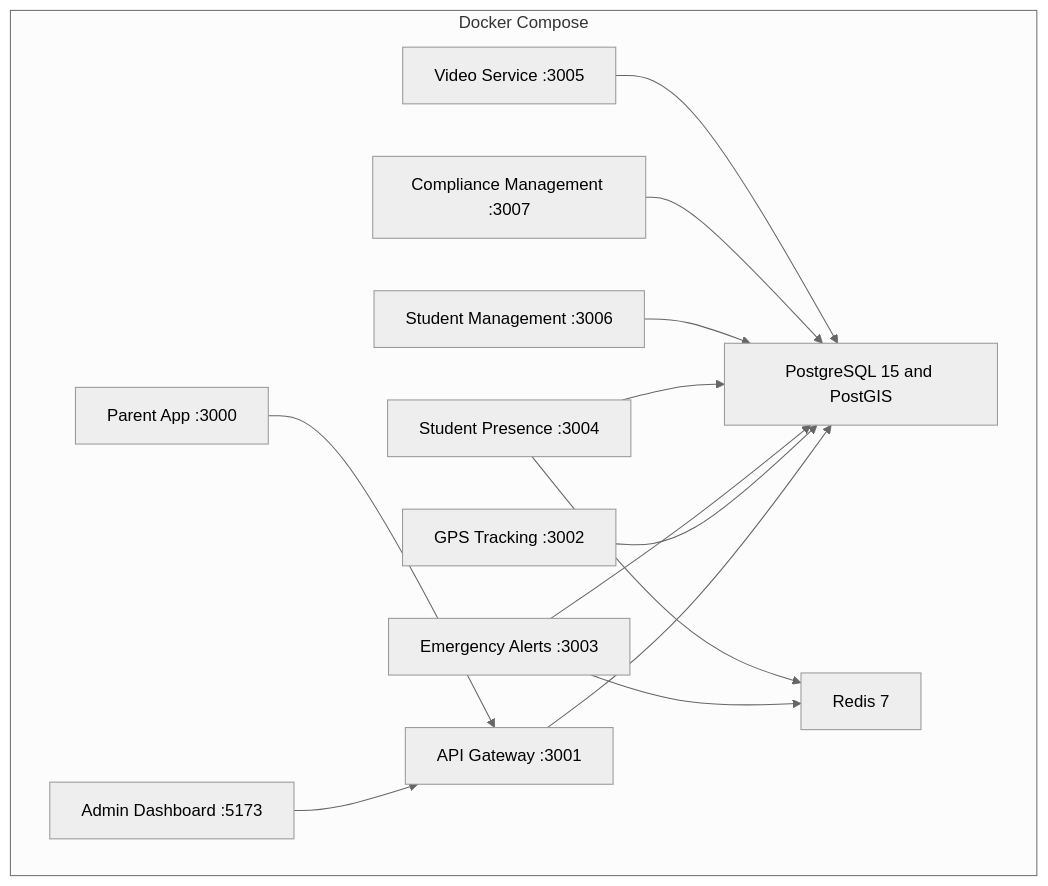
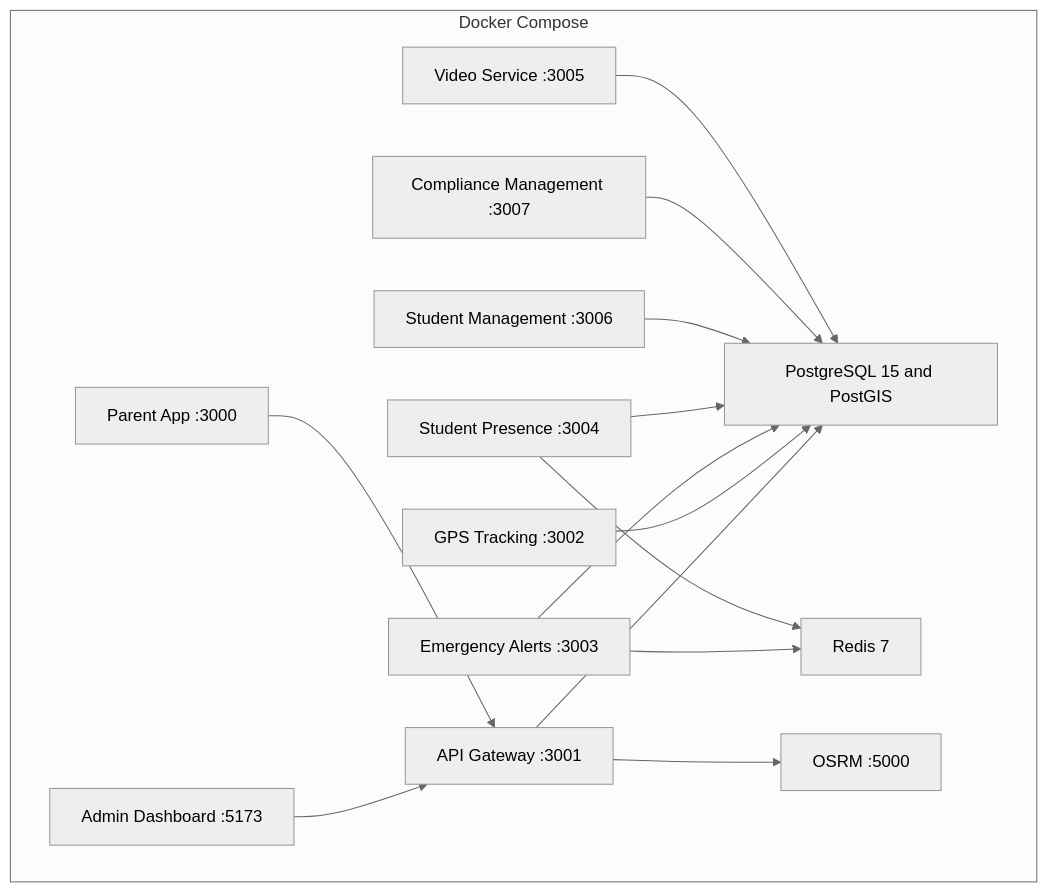
One commit to arvinddhasmana/SBTM changed the diagram in docs/Design/DeploymentArchitecture.md. Above: the diagram before and after it, drawn with Mermaid (neutral theme). The commit also changed other lines of this file and 76 other files, not shown here.

````diff
--- a/docs/Design/DeploymentArchitecture.md
+++ b/docs/Design/DeploymentArchitecture.md
@@ -24,28 +24,30 @@
 ```mermaid
 flowchart TB
     subgraph Docker Compose
         PG[PostgreSQL 15 and PostGIS]
         Redis[Redis 7]
+        OSRM[OSRM :5000]
         Gateway[API Gateway :3001]
         GPS[GPS Tracking :3002]
         Alerts[Emergency Alerts :3003]
         Presence[Student Presence :3004]
         Video[Video Service :3005]
         Students[Student Management :3006]
         Compliance[Compliance Management :3007]
         Admin[Admin Dashboard :5173]
         Parent[Parent App :3000]
     end
 
     Gateway --> PG
     GPS --> PG
     Alerts --> PG
     Alerts --> Redis
     Presence --> PG
     Presence --> Redis
     Students --> PG
     Compliance --> PG
     Video --> PG
     Admin --> Gateway
     Parent --> Gateway
+    Gateway --> OSRM
 ```
````
